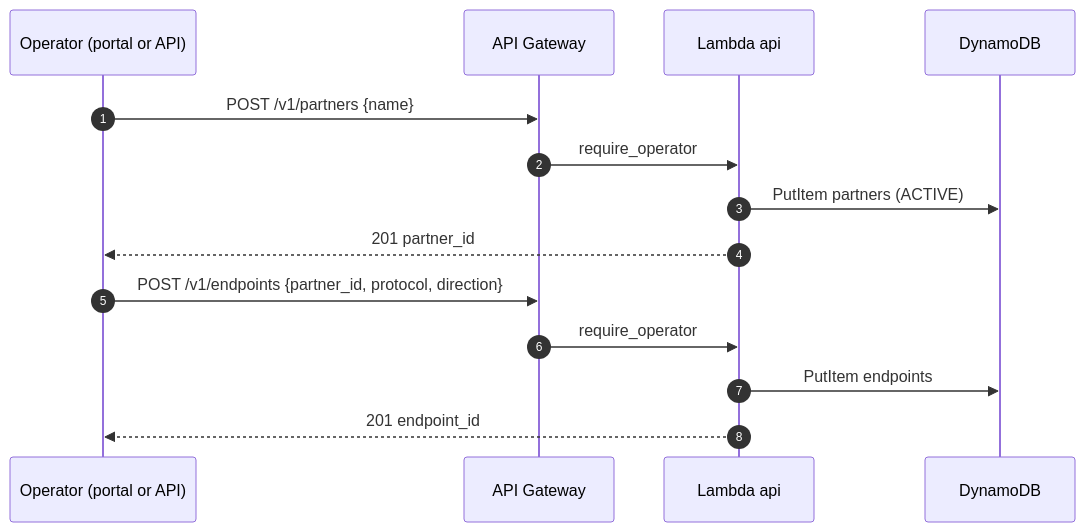
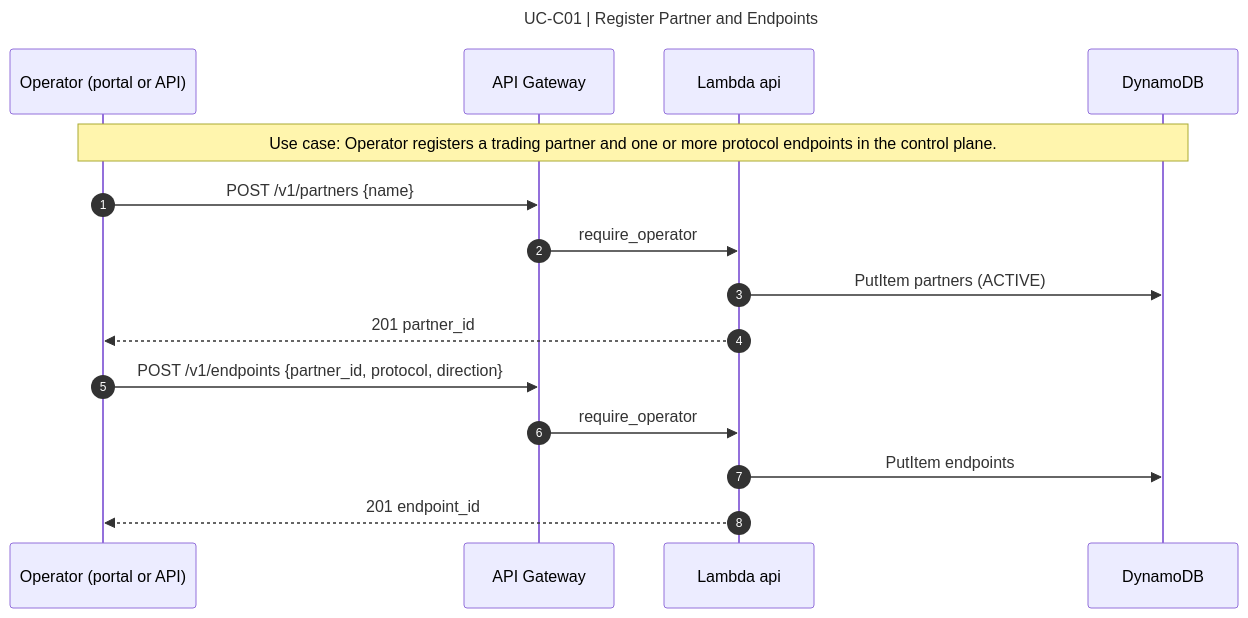
Before and after one commit to bayareala8s/BayRelayAI: the diagram in docs/sequence-diagrams/mmd/UC-C01.mmd, drawn with Mermaid. The commit also changed 68 other files, not shown here.

First line of the commit message:
Add title and use-case labels to all sequence diagrams.

```diff
--- a/docs/sequence-diagrams/mmd/UC-C01.mmd
+++ b/docs/sequence-diagrams/mmd/UC-C01.mmd
@@ -1,16 +1,20 @@
+---
+title: UC-C01 | Register Partner and Endpoints
+---
 sequenceDiagram
   autonumber
   participant Op as Operator (portal or API)
   participant APIGW as API Gateway
   participant API as Lambda api
   participant DDB as DynamoDB
+  Note over Op,DDB: Use case: Operator registers a trading partner and one or more protocol endpoints in the control plane.
 
   Op->>APIGW: POST /v1/partners {name}
   APIGW->>API: require_operator
   API->>DDB: PutItem partners (ACTIVE)
   API-->>Op: 201 partner_id
 
   Op->>APIGW: POST /v1/endpoints {partner_id, protocol, direction}
   APIGW->>API: require_operator
   API->>DDB: PutItem endpoints
   API-->>Op: 201 endpoint_id
```
